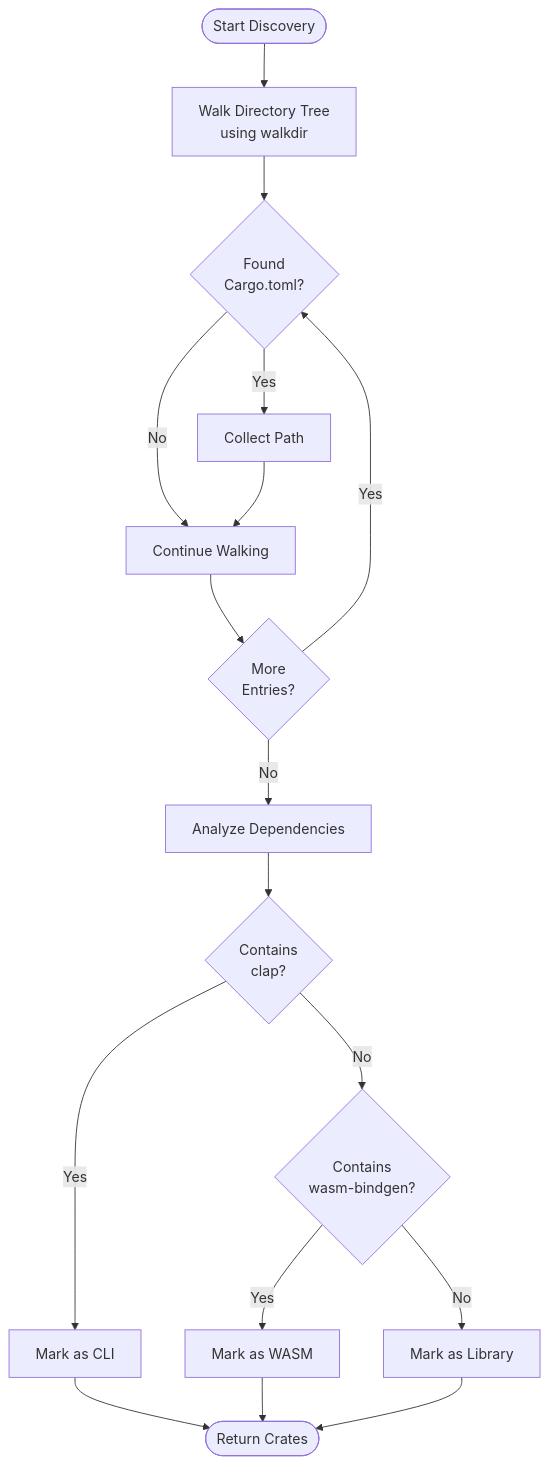
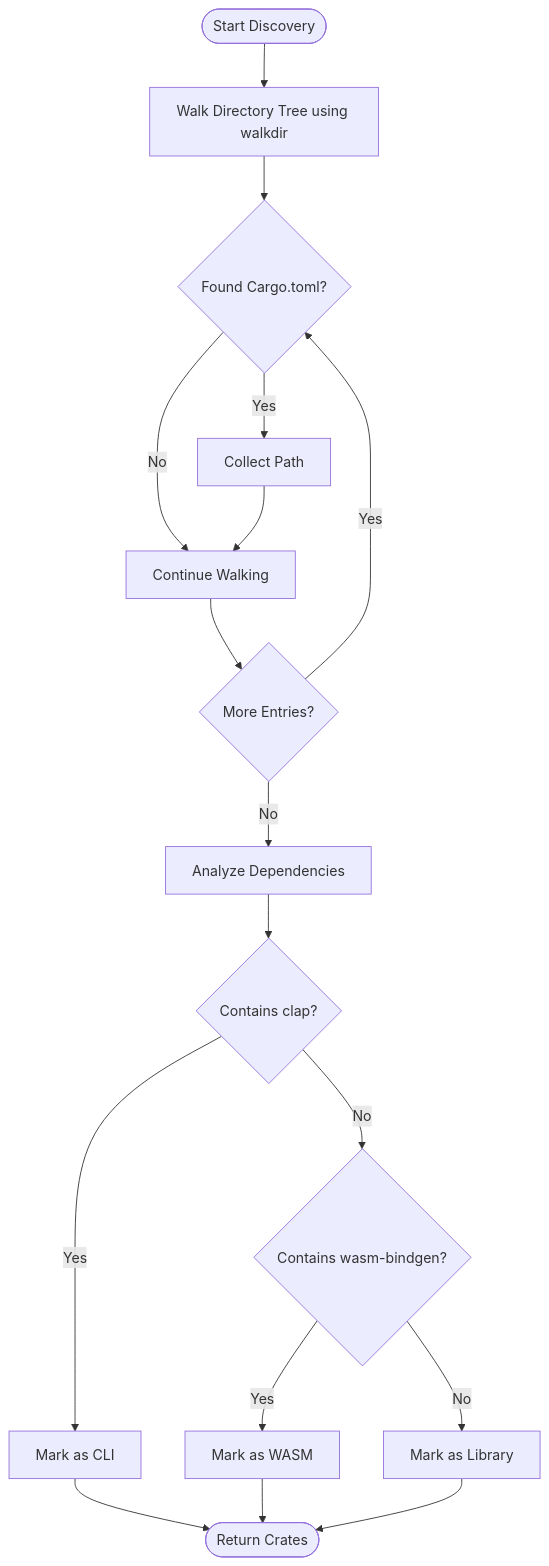
One commit to softwarewrighter/sw-checklist changed the second of 7 diagrams in wiki/Architecture-Overview.md. Above: the diagram before and after it, drawn with Mermaid. The commit also changed other lines of this file and 7 other files, not shown here.

````diff
--- a/wiki/Architecture-Overview.md
+++ b/wiki/Architecture-Overview.md
@@ -106,19 +106,19 @@
 ```mermaid
 flowchart TD
-    Start([Start Discovery]) --> Walk[Walk Directory Tree<br/>using walkdir]
-    Walk --> Find{Found<br/>Cargo.toml?}
+    Start([Start Discovery]) --> Walk[Walk Directory Tree using walkdir]
+    Walk --> Find{Found Cargo.toml?}
     Find -->|Yes| Collect[Collect Path]
     Find -->|No| Continue
     Collect --> Continue[Continue Walking]
-    Continue --> More{More<br/>Entries?}
+    Continue --> More{More Entries?}
     More -->|Yes| Find
     More -->|No| Analyze[Analyze Dependencies]
-    Analyze --> HasClap{Contains<br/>clap?}
+    Analyze --> HasClap{Contains clap?}
     HasClap -->|Yes| MarkCLI[Mark as CLI]
-    HasClap -->|No| HasWASM{Contains<br/>wasm-bindgen?}
+    HasClap -->|No| HasWASM{Contains wasm-bindgen?}
     HasWASM -->|Yes| MarkWASM[Mark as WASM]
     HasWASM -->|No| MarkLib[Mark as Library]
     MarkCLI --> Return([Return Crates])
     MarkWASM --> Return
     MarkLib --> Return
 ```
````
